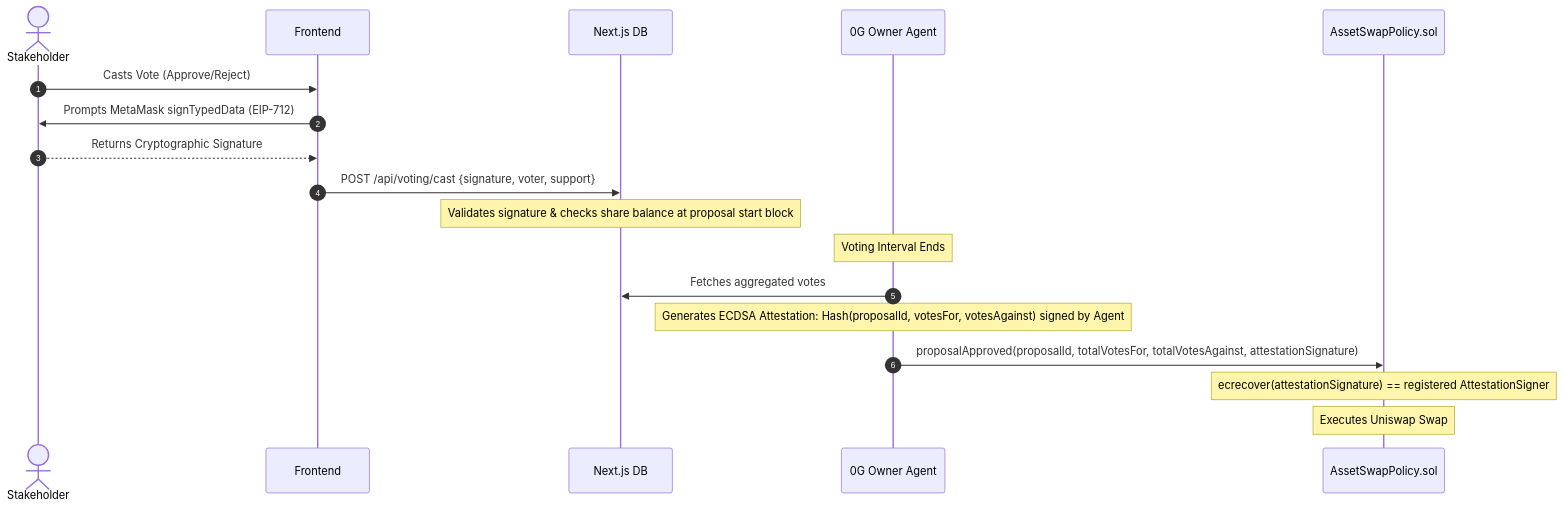
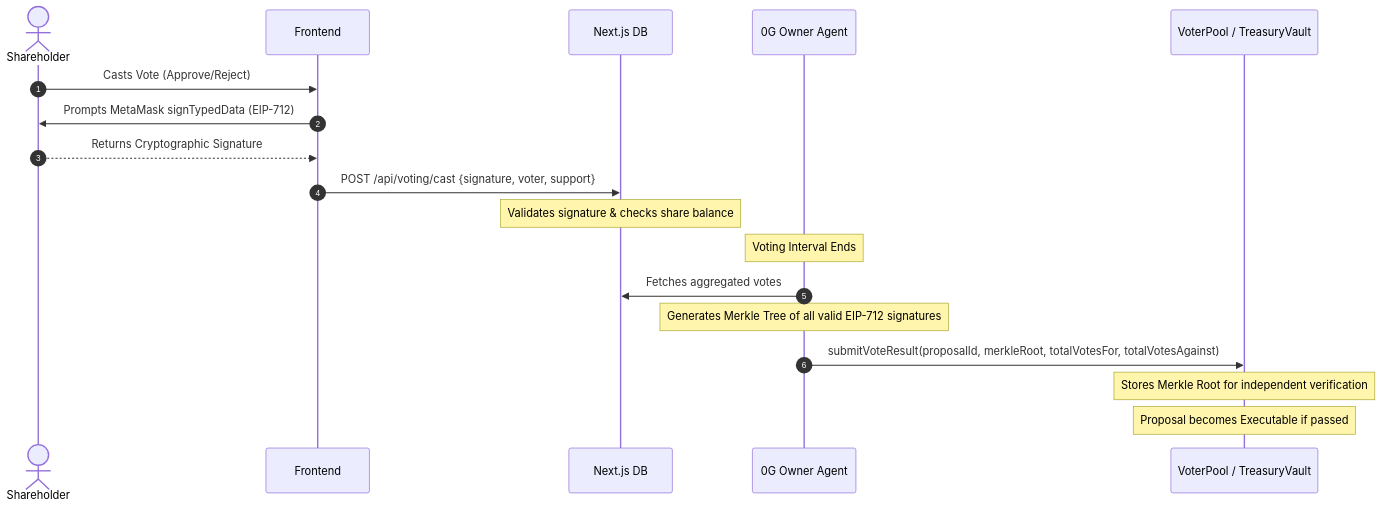
The diagram in docs/technical-design.md (jimstir/moreLikely-treasury), drawn with Mermaid before and after one commit. The commit also changed other lines of this file and 2 other files, not shown here.

````diff
--- a/docs/technical-design.md
+++ b/docs/technical-design.md
@@ -123,22 +123,22 @@
 ```mermaid
 sequenceDiagram
     autonumber
-    actor Stakeholder
+    actor Shareholder
     participant Frontend
     participant DB as Next.js DB
     participant Agent as 0G Owner Agent
-    participant Contract as AssetSwapPolicy.sol
+    participant Contract as VoterPool / TreasuryVault
 
-    Stakeholder->>Frontend: Casts Vote (Approve/Reject)
-    Frontend->>Stakeholder: Prompts MetaMask signTypedData (EIP-712)
-    Stakeholder-->>Frontend: Returns Cryptographic Signature
+    Shareholder->>Frontend: Casts Vote (Approve/Reject)
+    Frontend->>Shareholder: Prompts MetaMask signTypedData (EIP-712)
+    Shareholder-->>Frontend: Returns Cryptographic Signature
     Frontend->>DB: POST /api/voting/cast {signature, voter, support}
-    Note over DB: Validates signature & checks share balance at proposal start block
+    Note over DB: Validates signature & checks share balance
     
     Note over Agent: Voting Interval Ends
     Agent->>DB: Fetches aggregated votes
-    Note over Agent: Generates ECDSA Attestation: Hash(proposalId, votesFor, votesAgainst) signed by Agent
-    Agent->>Contract: proposalApproved(proposalId, totalVotesFor, totalVotesAgainst, attestationSignature)
-    Note over Contract: ecrecover(attestationSignature) == registered AttestationSigner
-    Note over Contract: Executes Uniswap Swap
+    Note over Agent: Generates Merkle Tree of all valid EIP-712 signatures
+    Agent->>Contract: submitVoteResult(proposalId, merkleRoot, totalVotesFor, totalVotesAgainst)
+    Note over Contract: Stores Merkle Root for independent verification
+    Note over Contract: Proposal becomes Executable if passed
 ```
````
